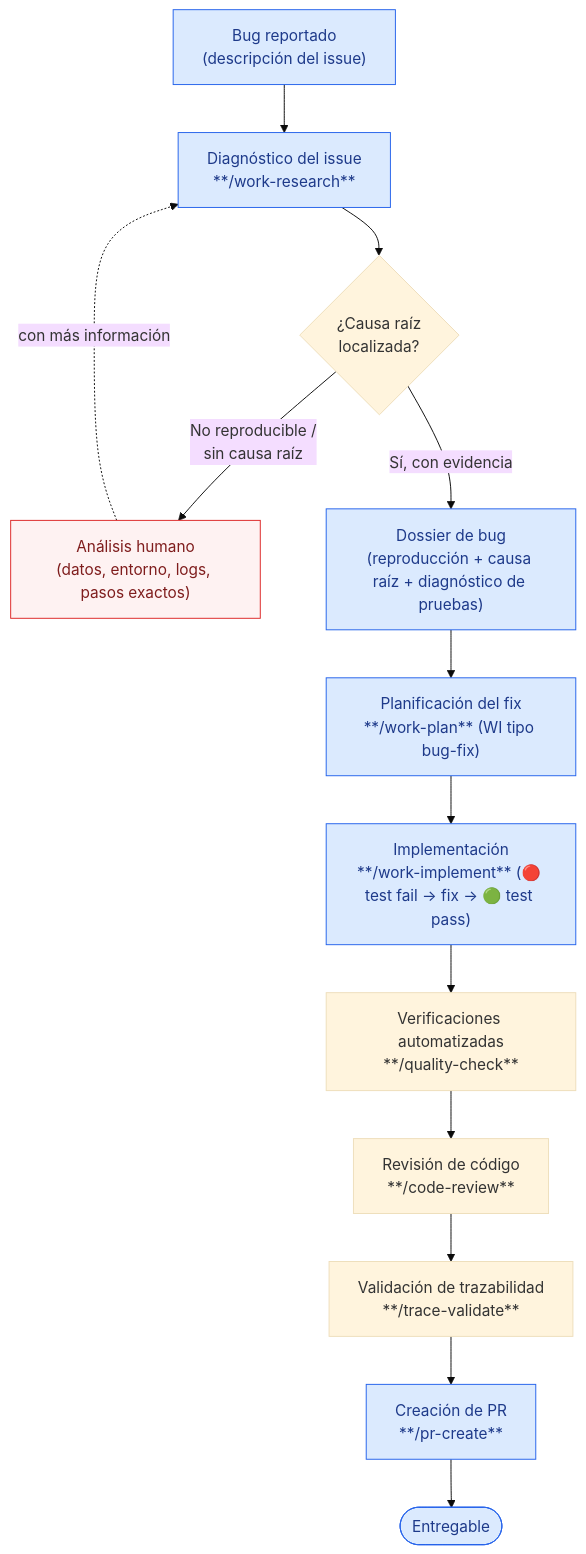
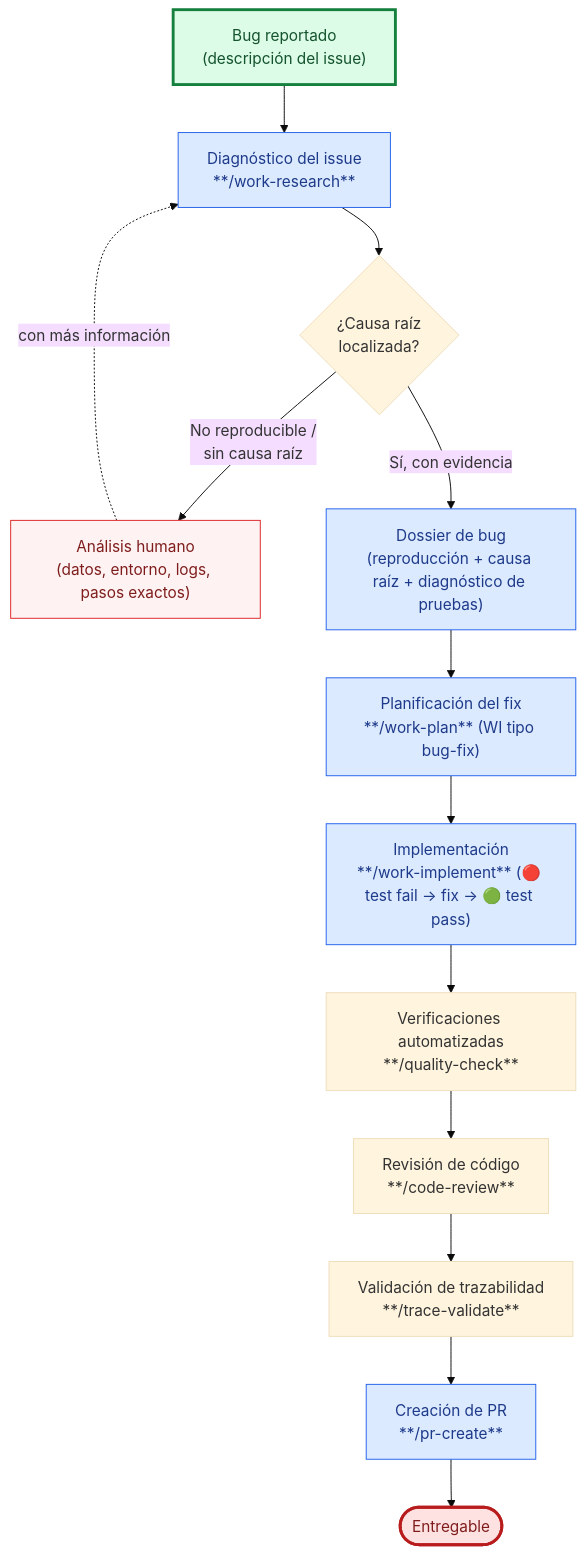
Before and after one commit to juanca202/ai: the diagram in docs/use-cases/fix-a-bug.md, drawn with Mermaid (base theme). The commit also changed 3 other files, not shown here.

First line of the commit message:
style(use-cases): highlight entry and exit points in flow diagrams

````diff
--- a/docs/use-cases/fix-a-bug.md
+++ b/docs/use-cases/fix-a-bug.md
@@ -5,20 +5,24 @@
 ```mermaid
 flowchart TD
     A["Bug reportado<br/>(descripción del issue)"] --> B["Diagnóstico del issue<br/>**/work-research**"]
     B --> C{"¿Causa raíz<br/>localizada?"}
     C -->|"No reproducible /<br/>sin causa raíz"| H["Análisis humano<br/>(datos, entorno, logs, pasos exactos)"]
     C -->|"Sí, con evidencia"| D["Dossier de bug<br/>(reproducción + causa raíz + diagnóstico de pruebas)"]
     D --> E["Planificación del fix<br/>**/work-plan** (WI tipo bug-fix)"]
     E --> F["Implementación<br/>**/work-implement** (🔴 test fail → fix → 🟢 test pass)"]
     F --> G0["Verificaciones automatizadas<br/>**/quality-check**"]
     G0 --> G1["Revisión de código<br/>**/code-review**"]
     G1 --> G2["Validación de trazabilidad<br/>**/trace-validate**"]
     G2 --> I["Creación de PR<br/>**/pr-create**"]
     I --> J(["Entregable"])
     H -.->|"con más información"| B
 
     classDef main fill:#dbeafe,stroke:#2563eb,color:#1e3a8a
     classDef human fill:#fef2f2,stroke:#dc2626,color:#7f1d1d
-    class A,B,D,E,F,I,J main
+    classDef entryPoint fill:#dcfce7,stroke:#15803d,stroke-width:3px,color:#14532d
+    classDef exitPoint fill:#fee2e2,stroke:#b91c1c,stroke-width:3px,color:#7f1d1d
+    class B,D,E,F,I main
     class H human
+    class A entryPoint
+    class J exitPoint
 ```
````
